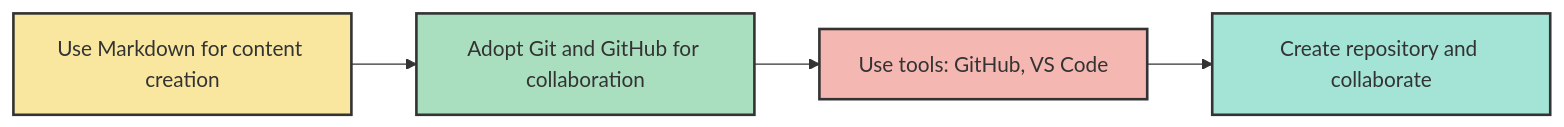
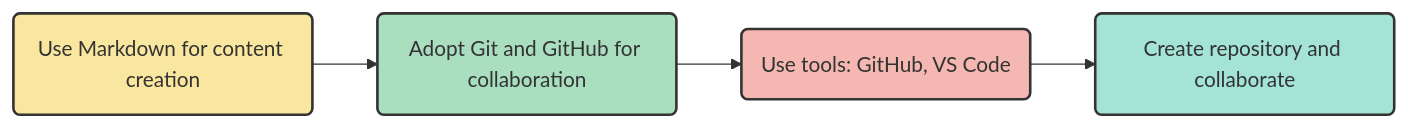
One commit to buckeye43210/markdown-to-snowkb changed the second of 10 diagrams in README.md. Above: the diagram before and after it, drawn with Mermaid. The commit also changed other lines of this file, not shown here.

Commit message:
updating document

```diff
--- a/README.md
+++ b/README.md
@@ -231,16 +225,17 @@
 ~~~mermaid
 graph LR
-    A[Use Markdown for content creation] --> B[Adopt Git and GitHub for collaboration]
-    B --> C[Use tools: GitHub, VS Code]
-    C --> D[Create repository and collaborate]
+    A(Use Markdown for content creation)
+    A --> B(Adopt Git and GitHub for collaboration)
+    B --> C(Use tools: GitHub, VS Code)
+    C --> D(Create repository and collaborate)
 
     classDef markdown fill:#f9e79f,stroke:#333,stroke-width:2px;
     classDef git fill:#a9dfbf,stroke:#333,stroke-width:2px;
     classDef tools fill:#f5b7b1,stroke:#333,stroke-width:2px;
     classDef repo fill:#a3e4d7,stroke:#333,stroke-width:2px;
 
     class A markdown;
     class B git;
     class C tools;
     class D repo;
-~~~    
+~~~  
```
